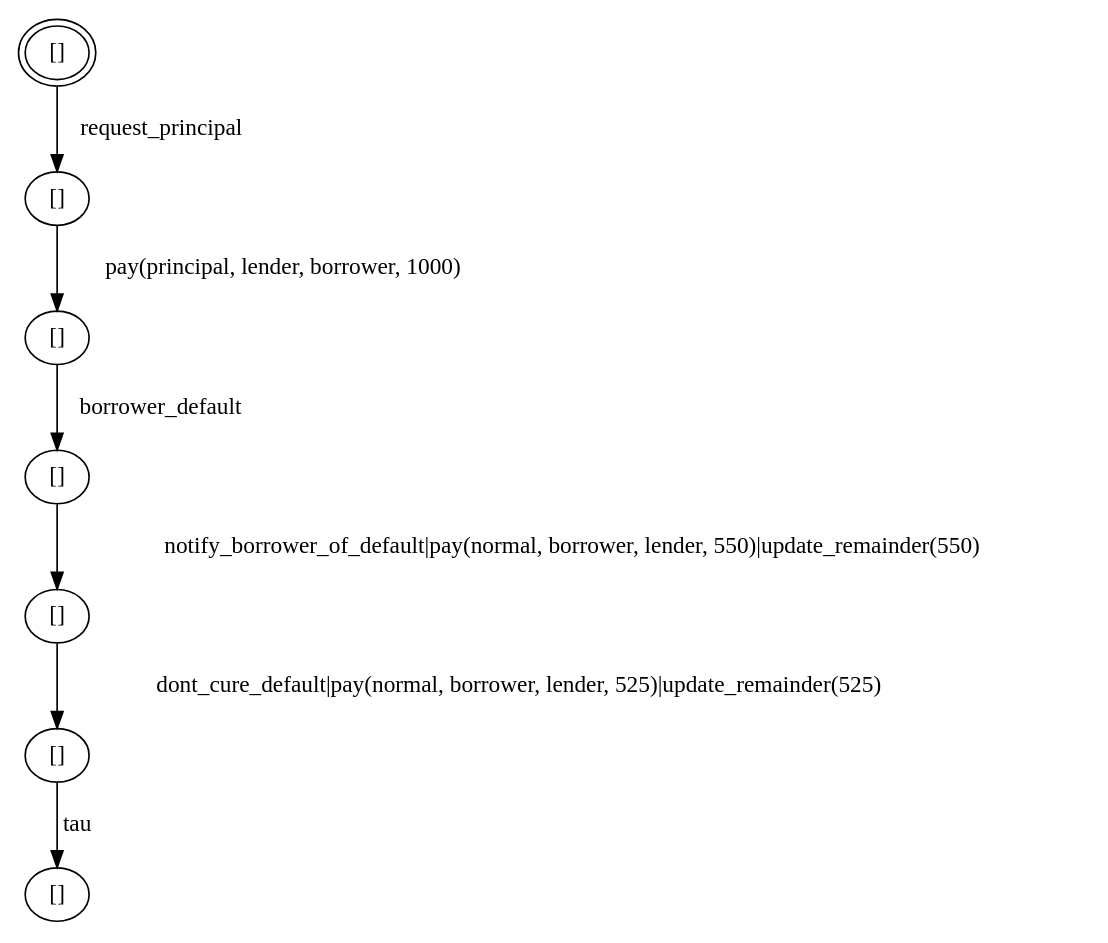
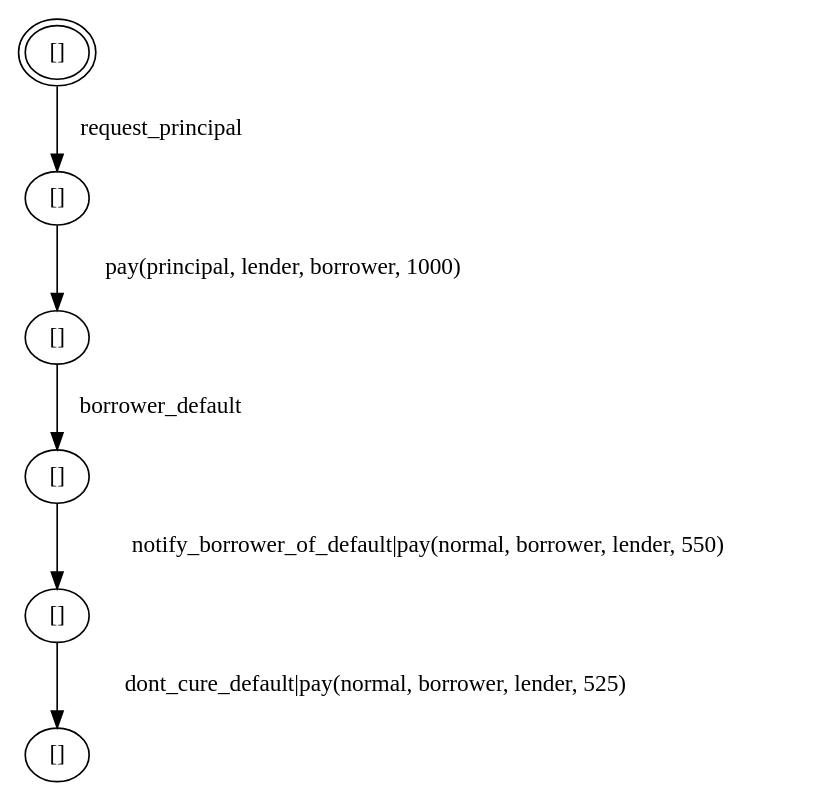
One commit to smucclaw/sandbox changed the diagram in joe/mcrl2/projects/contract_as_automaton/workdir/verification_evidence/deadlock_free/deadlock_free.evidence.dot. Above: the diagram before and after it, drawn with Graphviz. The commit also changed 33 other files, not shown here.

```diff
--- a/joe/mcrl2/projects/contract_as_automaton/workdir/verification_evidence/deadlock_free/deadlock_free.evidence.dot
+++ b/joe/mcrl2/projects/contract_as_automaton/workdir/verification_evidence/deadlock_free/deadlock_free.evidence.dot
@@ -1,20 +1,18 @@
 digraph G {
 center = TRUE;
 mclimit = 10.0;
 nodesep = 0.05;
 node [ width=0.25, height=0.25, label="" ];
-s5 [ peripheries=2 ];
+s0 [ peripheries=2 ];
 s0 [label="[]"];
 s1 [label="[]"];
 s2 [label="[]"];
 s3 [label="[]"];
 s4 [label="[]"];
 s5 [label="[]"];
-s6 [label="[]"];
-s0->s6[label="tau"];
-s1->s0[label="dont_cure_default|pay(normal, borrower, lender, 525)|update_remainder(525)"];
-s2->s1[label="notify_borrower_of_default|pay(normal, borrower, lender, 550)|update_remainder(550)"];
-s3->s2[label="borrower_default"];
-s4->s3[label="pay(principal, lender, borrower, 1000)"];
-s5->s4[label="request_principal"];
+s0->s1[label="request_principal"];
+s1->s2[label="pay(principal, lender, borrower, 1000)"];
+s2->s3[label="borrower_default"];
+s3->s4[label="notify_borrower_of_default|pay(normal, borrower, lender, 550)"];
+s4->s5[label="dont_cure_default|pay(normal, borrower, lender, 525)"];
 }
```
